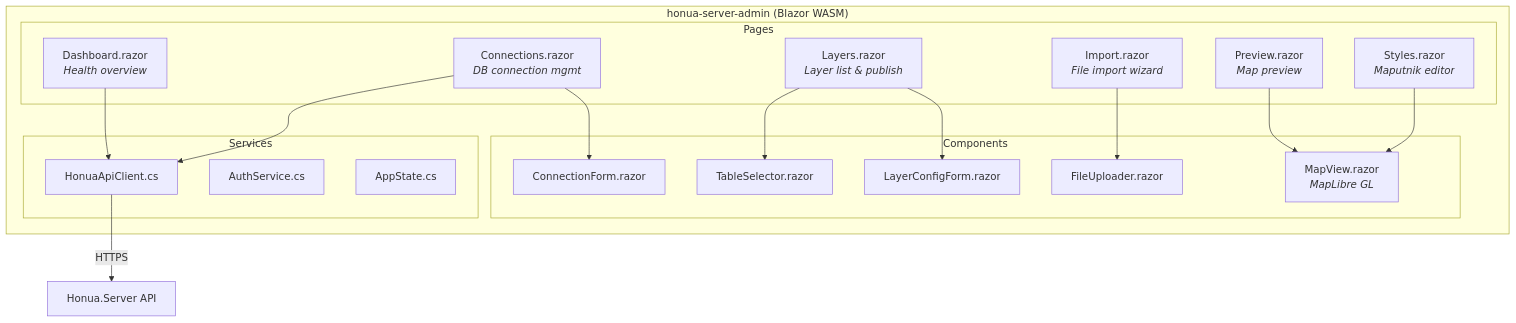
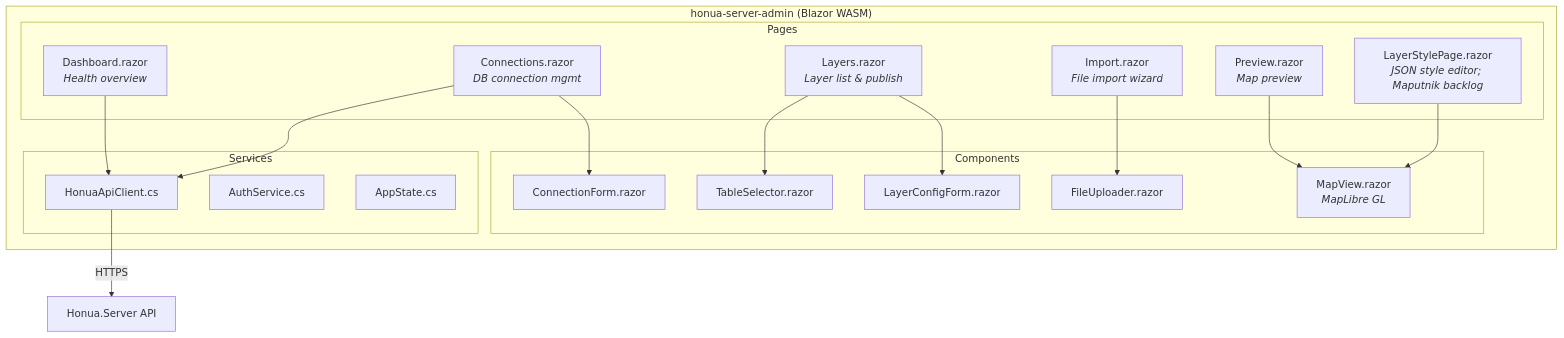
The tenth of 12 diagrams in docs/contributor/ARCHITECTURE_DIAGRAMS.md (honua-io/honua-server), drawn with Mermaid before and after one commit. The commit also changed 4 other files, not shown here.

````diff
--- a/docs/contributor/ARCHITECTURE_DIAGRAMS.md
+++ b/docs/contributor/ARCHITECTURE_DIAGRAMS.md
@@ -437,38 +437,38 @@
 ```mermaid
 graph TB
     subgraph "honua-server-admin (Blazor WASM)"
         subgraph "Pages"
             Dashboard[Dashboard.razor<br/><i>Health overview</i>]
             Connections[Connections.razor<br/><i>DB connection mgmt</i>]
             Layers[Layers.razor<br/><i>Layer list & publish</i>]
             Import[Import.razor<br/><i>File import wizard</i>]
             Preview[Preview.razor<br/><i>Map preview</i>]
-            Styles[Styles.razor<br/><i>Maputnik editor</i>]
+            Styles[LayerStylePage.razor<br/><i>JSON style editor; Maputnik backlog</i>]
         end
 
         subgraph "Components"
             ConnectionForm[ConnectionForm.razor]
             TableSelector[TableSelector.razor]
             LayerConfig[LayerConfigForm.razor]
             FileUploader[FileUploader.razor]
             MapView[MapView.razor<br/><i>MapLibre GL</i>]
         end
 
         subgraph "Services"
             ApiClient[HonuaApiClient.cs]
             AuthService[AuthService.cs]
             StateContainer[AppState.cs]
         end
     end
 
     Dashboard --> ApiClient
     Connections --> ConnectionForm
     Connections --> ApiClient
     Layers --> TableSelector
     Layers --> LayerConfig
     Import --> FileUploader
     Preview --> MapView
     Styles --> MapView
 
     ApiClient -->|HTTPS| API[Honua.Server API]
 ```
````
